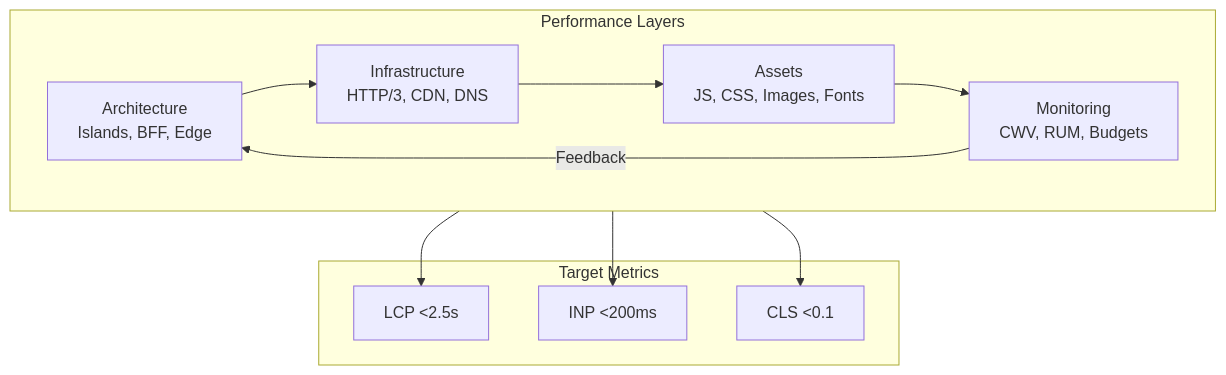
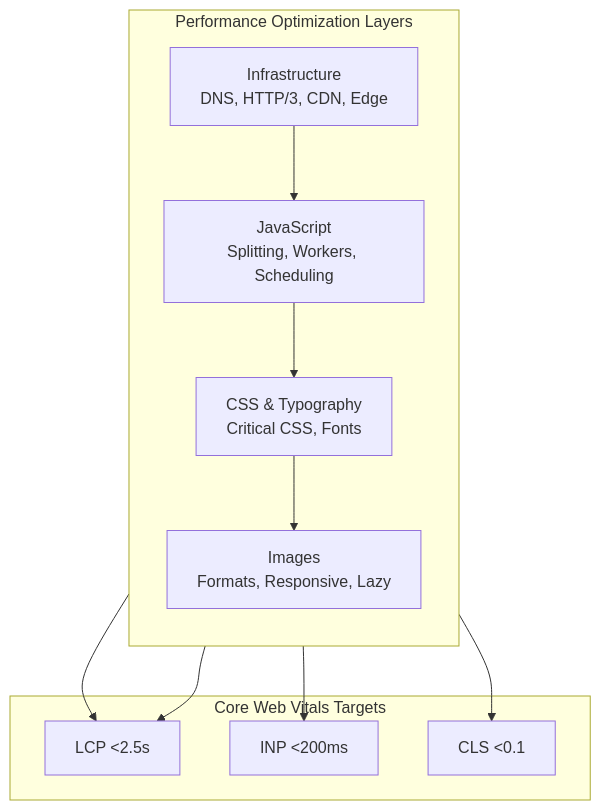
The diagram in v4/content/posts/deep-dives/web-fundamentals/2025-03-03-wpo-overview.md (sujeet-pro/legacy-personal-site), drawn with Mermaid before and after one commit. The commit also changed other lines of this file and 10 other files, not shown here.

````diff
--- a/v4/content/posts/deep-dives/web-fundamentals/2025-03-03-wpo-overview.md
+++ b/v4/content/posts/deep-dives/web-fundamentals/2025-03-03-wpo-overview.md
@@ -29,25 +17,25 @@
 ```mermaid
 flowchart TB
-    subgraph "Performance Layers"
-        direction LR
-        ARCH["Architecture<br/>Islands, BFF, Edge"]
-        INFRA["Infrastructure<br/>HTTP/3, CDN, DNS"]
-        ASSETS["Assets<br/>JS, CSS, Images, Fonts"]
-        MONITOR["Monitoring<br/>CWV, RUM, Budgets"]
+    subgraph "Performance Optimization Layers"
+        direction TB
+        INFRA["Infrastructure<br/>DNS, HTTP/3, CDN, Edge"]
+        JS["JavaScript<br/>Splitting, Workers, Scheduling"]
+        CSS["CSS & Typography<br/>Critical CSS, Fonts"]
+        IMG["Images<br/>Formats, Responsive, Lazy"]
     end
 
-    ARCH --> INFRA
-    INFRA --> ASSETS
-    ASSETS --> MONITOR
-    MONITOR -->|Feedback| ARCH
+    INFRA --> JS
+    JS --> CSS
+    CSS --> IMG
 
-    subgraph "Target Metrics"
+    subgraph "Core Web Vitals Targets"
         LCP["LCP <2.5s"]
         INP["INP <200ms"]
         CLS["CLS <0.1"]
     end
 
-    ASSETS --> LCP
-    ARCH --> INP
-    ASSETS --> CLS
+    INFRA --> LCP
+    JS --> INP
+    CSS --> CLS
+    IMG --> LCP
 ```
````
